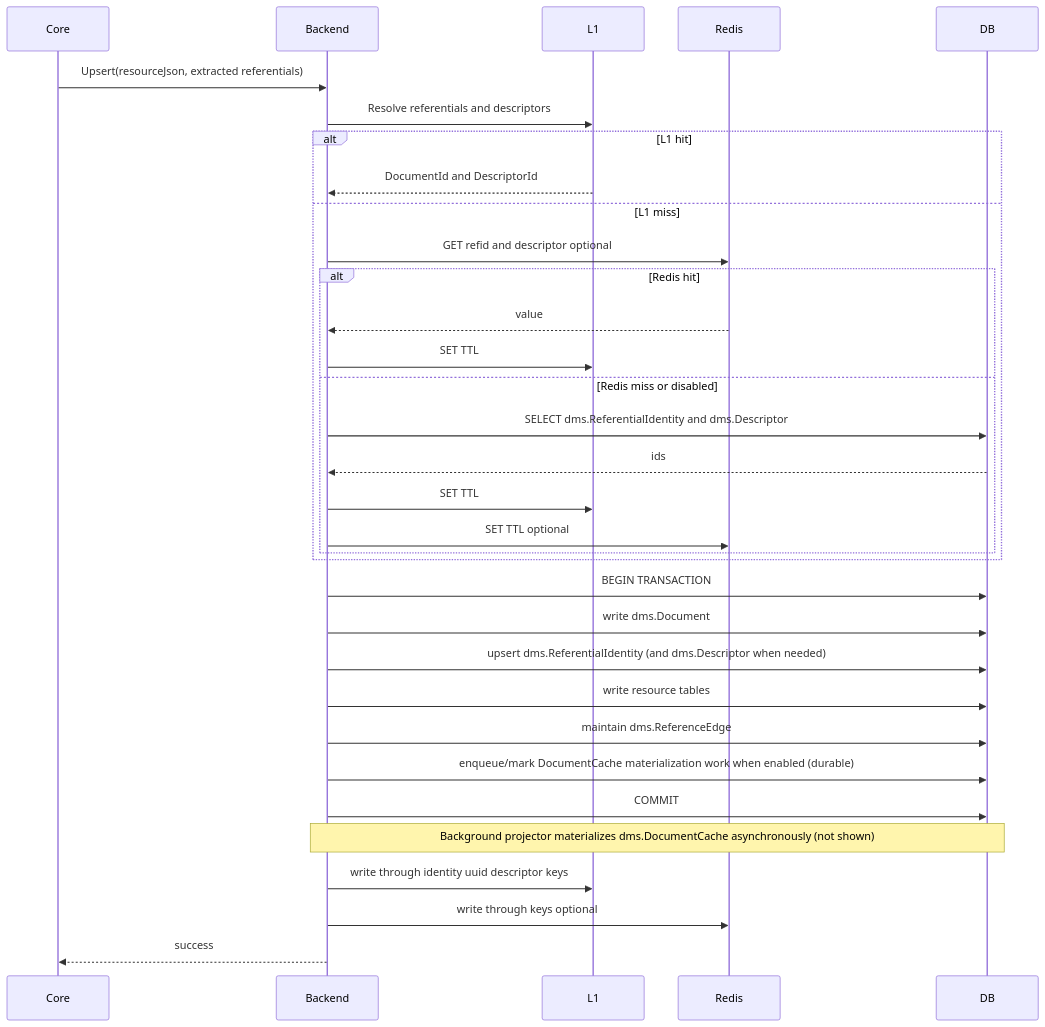
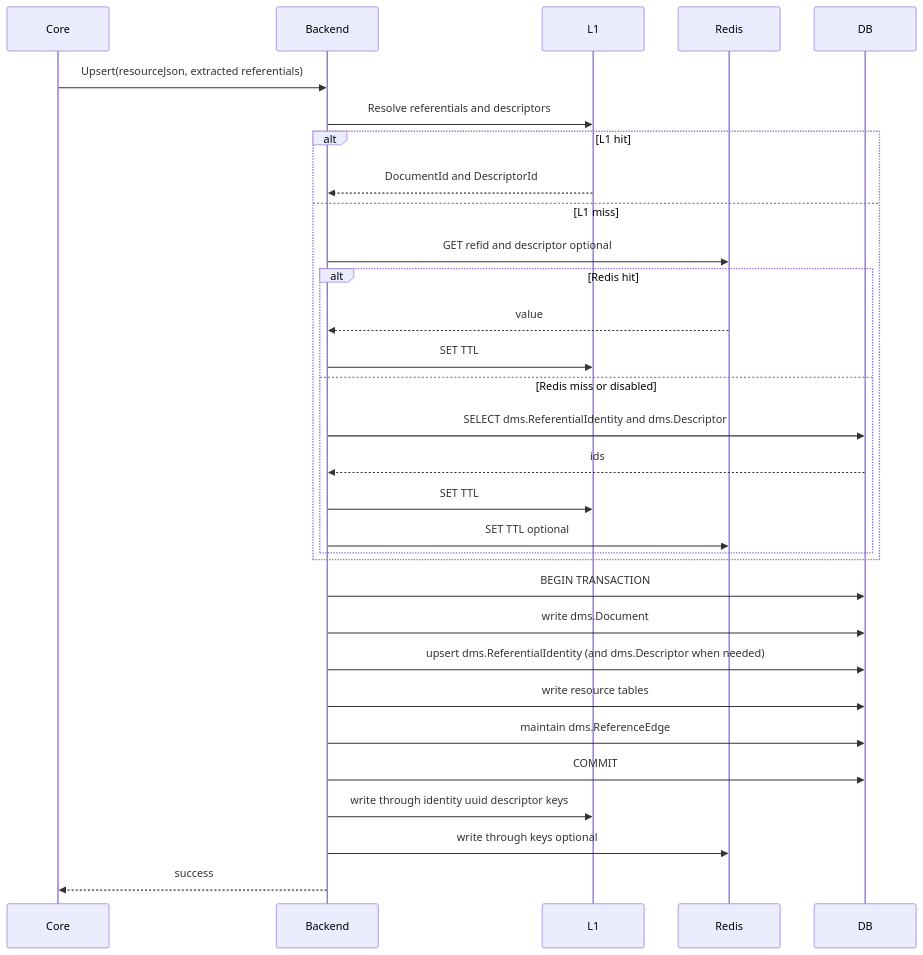
Before and after one commit to Ed-Fi-Alliance-OSS/Data-Management-Service: the first of 2 diagrams in reference/design/backend-redesign/transactions-and-concurrency.md, drawn with Mermaid. The commit also changed other lines of this file and 12 other files, not shown here.

````diff
--- a/reference/design/backend-redesign/transactions-and-concurrency.md
+++ b/reference/design/backend-redesign/transactions-and-concurrency.md
@@ -803,38 +735,36 @@
 ```mermaid
 sequenceDiagram
   participant Core
   participant Backend
   participant L1
   participant Redis
   participant DB
 
   Core->>Backend: Upsert(resourceJson, extracted referentials)
   Backend->>L1: Resolve referentials and descriptors
 
   alt L1 hit
     L1-->>Backend: DocumentId and DescriptorId
   else L1 miss
     Backend->>Redis: GET refid and descriptor optional
     alt Redis hit
       Redis-->>Backend: value
       Backend->>L1: SET TTL
     else Redis miss or disabled
       Backend->>DB: SELECT dms.ReferentialIdentity and dms.Descriptor
       DB-->>Backend: ids
       Backend->>L1: SET TTL
       Backend->>Redis: SET TTL optional
     end
   end
 
   Backend->>DB: BEGIN TRANSACTION
   Backend->>DB: write dms.Document
   Backend->>DB: upsert dms.ReferentialIdentity (and dms.Descriptor when needed)
   Backend->>DB: write resource tables
   Backend->>DB: maintain dms.ReferenceEdge
-  Backend->>DB: enqueue/mark DocumentCache materialization work when enabled (durable)
   Backend->>DB: COMMIT
-  Note over Backend,DB: Background projector materializes dms.DocumentCache asynchronously (not shown)
   Backend->>L1: write through identity uuid descriptor keys
   Backend->>Redis: write through keys optional
   Backend-->>Core: success
 ```
````
